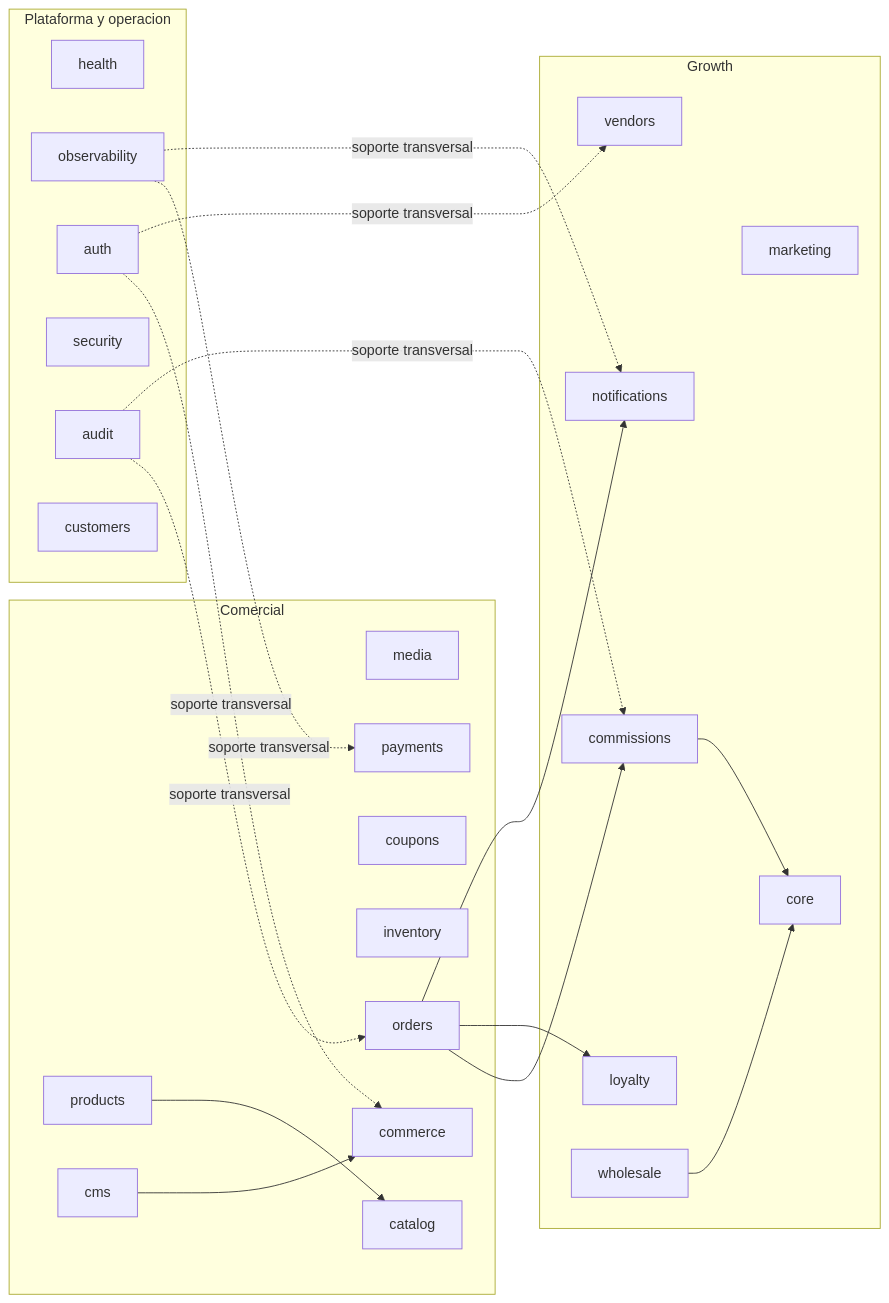
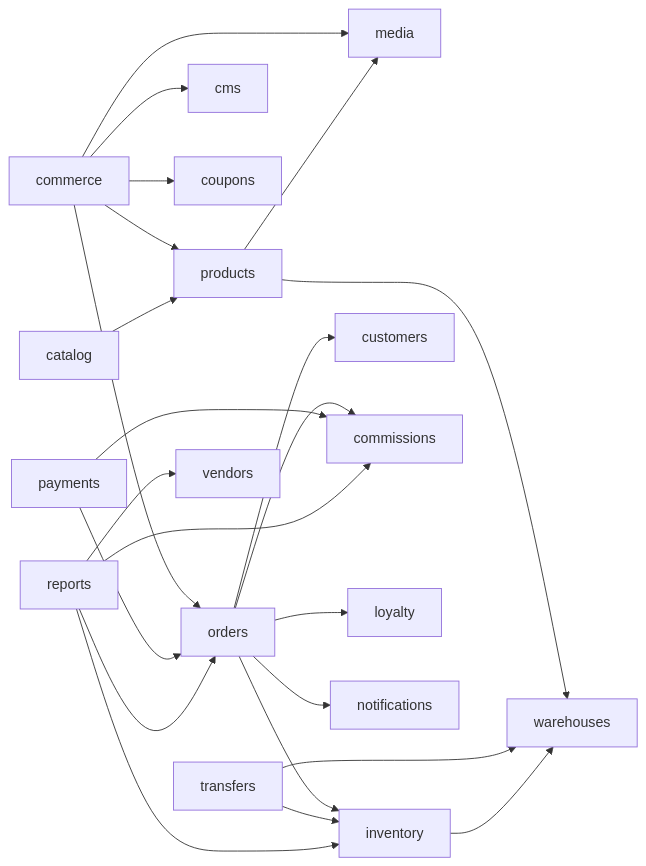
One commit to Raphap-1993/ERP-HUELEHUELE changed the diagram in docs/architecture/modules.md. Above: the diagram before and after it, drawn with Mermaid. The commit also changed other lines of this file and 164 other files, not shown here.

````diff
--- a/docs/architecture/modules.md
+++ b/docs/architecture/modules.md
@@ -44,48 +58,30 @@
 ```mermaid
 flowchart LR
-  subgraph platform["Plataforma y operacion"]
-    health["health"]
-    observability["observability"]
-    auth["auth"]
-    security["security"]
-    audit["audit"]
-    customers["customers"]
-  end
+  commerce --> products
+  commerce --> cms
+  commerce --> coupons
+  commerce --> orders
+  commerce --> media
 
-  subgraph commercial["Comercial"]
-    media["media"]
-    products["products"]
-    catalog["catalog"]
-    cms["cms"]
-    coupons["coupons"]
-    inventory["inventory"]
-    orders["orders"]
-    payments["payments"]
-    commerce["commerce"]
-  end
-
-  subgraph growth["Growth"]
-    vendors["vendors"]
-    commissions["commissions"]
-    loyalty["loyalty"]
-    marketing["marketing"]
-    notifications["notifications"]
-    wholesale["wholesale"]
-    core["core"]
-  end
-
-  auth -. soporte transversal .-> commerce
-  audit -. soporte transversal .-> orders
-  observability -. soporte transversal .-> payments
-  auth -. soporte transversal .-> vendors
-  audit -. soporte transversal .-> commissions
-  observability -. soporte transversal .-> notifications
-
-  products --> catalog
-  cms --> commerce
+  orders --> inventory
+  orders --> customers
   orders --> commissions
   orders --> loyalty
   orders --> notifications
-  wholesale --> core
-  commissions --> core
+
+  payments --> orders
+  payments --> commissions
+
+  products --> media
+  products --> warehouses
+  catalog --> products
+
+  transfers --> inventory
+  transfers --> warehouses
+  inventory --> warehouses
+
+  reports --> orders
+  reports --> inventory
+  reports --> vendors
+  reports --> commissions
 ```
````
